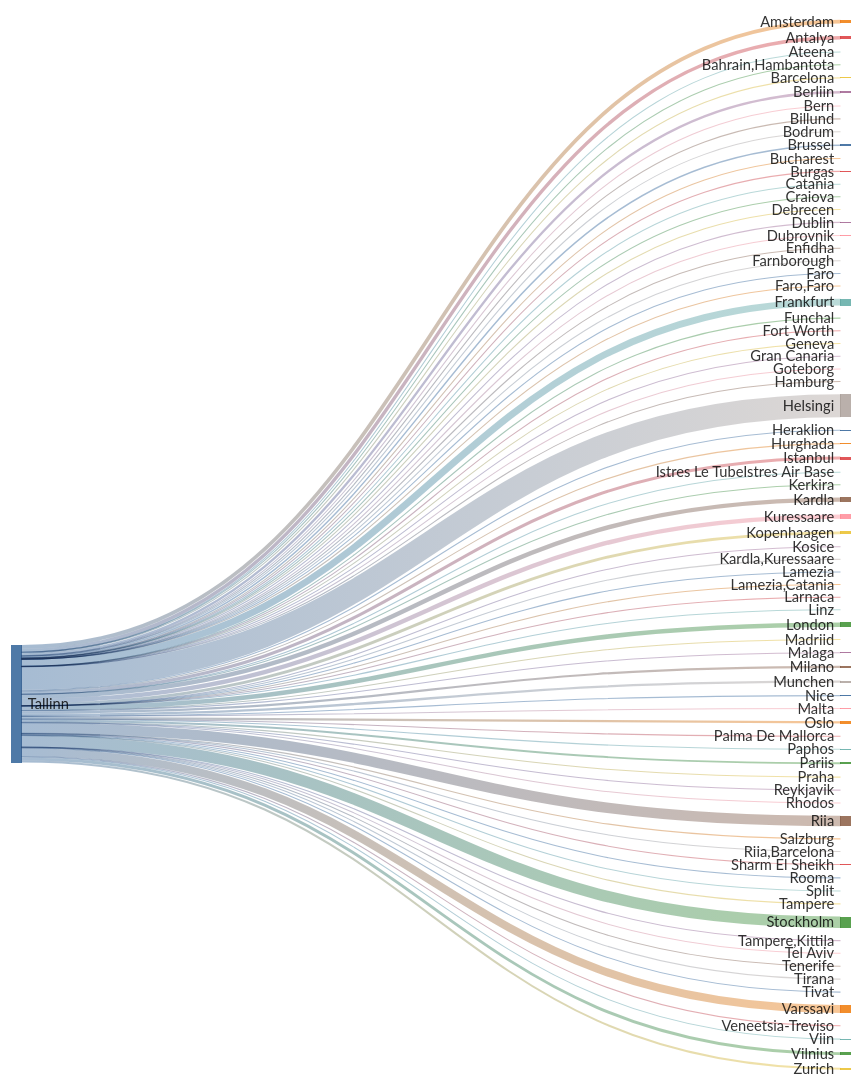
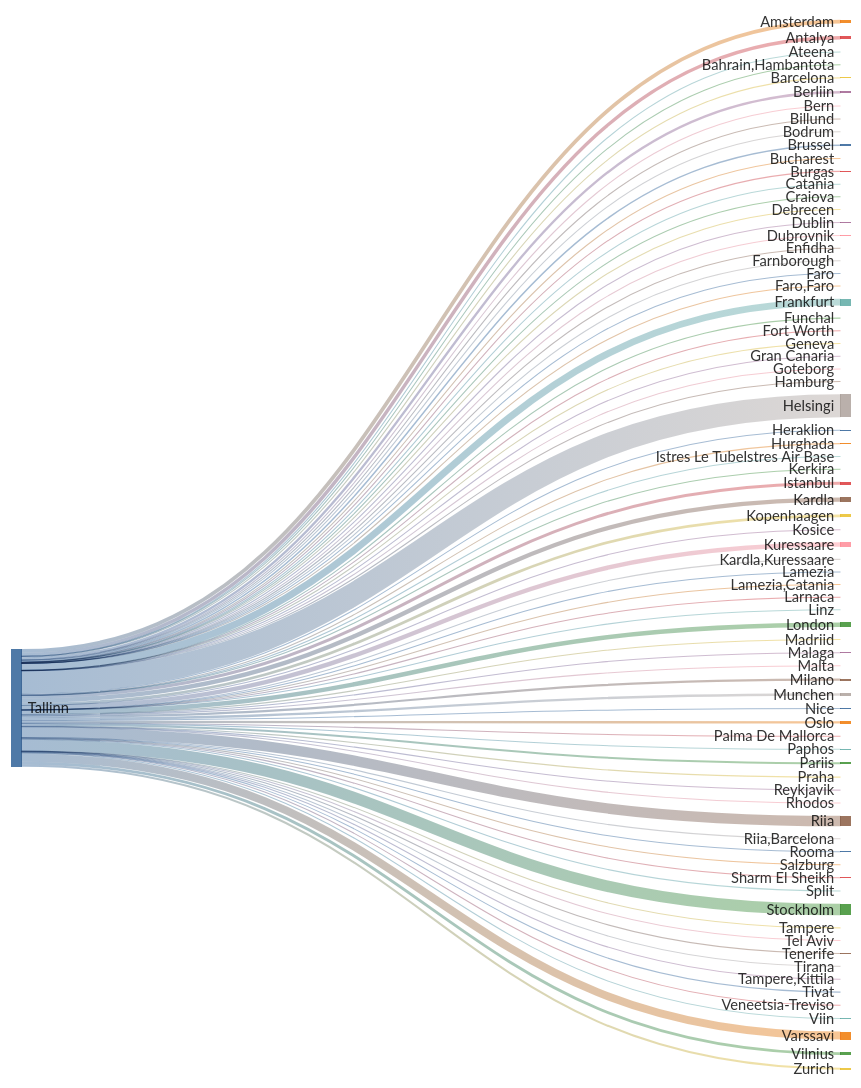
One commit to rainermesi/tll-airport-departures changed the second of 2 diagrams in README.md. Above: the diagram before and after it, drawn with Mermaid. The commit also changed other lines of this file and 1 other file, not shown here.

````diff
--- a/README.md
+++ b/README.md
@@ -41,18 +41,18 @@
 ---
 sankey-beta
 %% source,target,value
-Tallinn,Amsterdam,459
-Tallinn,Antalya,418
+Tallinn,Amsterdam,461
+Tallinn,Antalya,420
 Tallinn,Ateena,16
 Tallinn,"Bahrain,Hambantota",1
 Tallinn,Barcelona,129
-Tallinn,Berliin,292
+Tallinn,Berliin,294
 Tallinn,Bern,1
 Tallinn,Billund,74
 Tallinn,Bodrum,11
 Tallinn,Brussel,181
 Tallinn,Bucharest,1
-Tallinn,Burgas,53
+Tallinn,Burgas,54
 Tallinn,Catania,2
 Tallinn,Craiova,1
 Tallinn,Debrecen,1
@@ -63,59 +63,59 @@
 Tallinn,Faro,4
 Tallinn,"Faro,Faro",1
 Tallinn,Fort Worth,1
-Tallinn,Frankfurt,843
+Tallinn,Frankfurt,846
 Tallinn,Funchal,5
 Tallinn,Geneva,13
 Tallinn,Gran Canaria,38
 Tallinn,Goteborg,2
 Tallinn,Hamburg,2
-Tallinn,Helsingi,2846
-Tallinn,Heraklion,93
+Tallinn,Helsingi,2855
+Tallinn,Heraklion,94
 Tallinn,Hurghada,75
-Tallinn,Istanbul,372
+Tallinn,Istanbul,373
 Tallinn,Istres Le TubeIstres Air Base,2
 Tallinn,Kerkira,4
-Tallinn,Kopenhaagen,338
+Tallinn,Kopenhaagen,340
 Tallinn,Kosice,1
-Tallinn,Kuressaare,540
-Tallinn,Kardla,542
+Tallinn,Kuressaare,542
+Tallinn,Kardla,544
 Tallinn,"Kardla,Kuressaare",1
 Tallinn,Lamezia,1
 Tallinn,"Lamezia,Catania",3
 Tallinn,Larnaca,4
 Tallinn,Linz,2
-Tallinn,London,559
+Tallinn,London,560
 Tallinn,Madriid,3
 Tallinn,Malaga,114
 Tallinn,Malta,27
-Tallinn,Milano,268
-Tallinn,Munchen,285
-Tallinn,Nice,48
-Tallinn,Oslo,289
+Tallinn,Milano,269
+Tallinn,Munchen,287
+Tallinn,Nice,49
+Tallinn,Oslo,290
 Tallinn,Palma De Mallorca,31
 Tallinn,Paphos,66
-Tallinn,Pariis,245
+Tallinn,Pariis,246
 Tallinn,Praha,81
-Tallinn,Reykjavik,16
+Tallinn,Reykjavik,17
 Tallinn,Rhodos,56
-Tallinn,Riia,1279
+Tallinn,Riia,1283
 Tallinn,"Riia,Barcelona",1
 Tallinn,Rooma,80
 Tallinn,Salzburg,14
 Tallinn,Sharm El Sheikh,101
 Tallinn,Split,49
-Tallinn,Stockholm,1401
+Tallinn,Stockholm,1406
 Tallinn,Tampere,17
 Tallinn,"Tampere,Kittila",21
 Tallinn,Tel Aviv,2
 Tallinn,Tenerife,58
 Tallinn,Tirana,30
 Tallinn,Tivat,61
-Tallinn,Varssavi,982
+Tallinn,Varssavi,985
 Tallinn,Veneetsia-Treviso,67
 Tallinn,Viin,106
-Tallinn,Vilnius,354
-Tallinn,Zurich,251
+Tallinn,Vilnius,356
+Tallinn,Zurich,252
 
 
 ```
````
